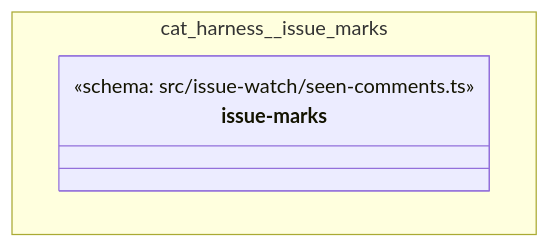
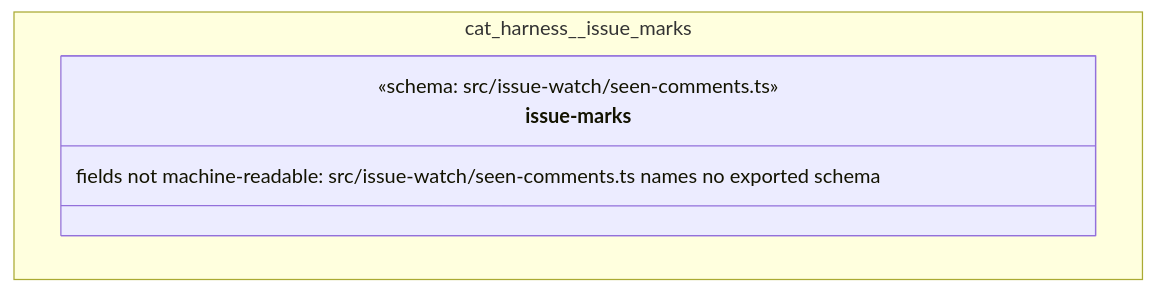
The diagram in cat-harness/docs/uml/overview/cat-harness/issue-marks.md (litlfred/folio-assistant), drawn with Mermaid before and after one commit. The commit also changed 181 other files, not shown here.

First line of the commit message:
UML: full object model on the overview page; no empty class boxes

````diff
--- a/cat-harness/docs/uml/overview/cat-harness/issue-marks.md
+++ b/cat-harness/docs/uml/overview/cat-harness/issue-marks.md
@@ -29,10 +29,11 @@
 ```mermaid
 classDiagram
   direction TB
   namespace cat_harness__issue_marks {
     class cat_harness_issue_marks_issue_marks_shape["issue-marks"] {
       <<schema: src/issue-watch/seen-comments.ts>>
+      fields not machine-readable: src/issue-watch/seen-comments.ts names no exported schema
     }
   }
   cssClass "cat_harness_issue_marks_issue_marks_shape" fa_uml_kind_issue_marks
 ```
````
